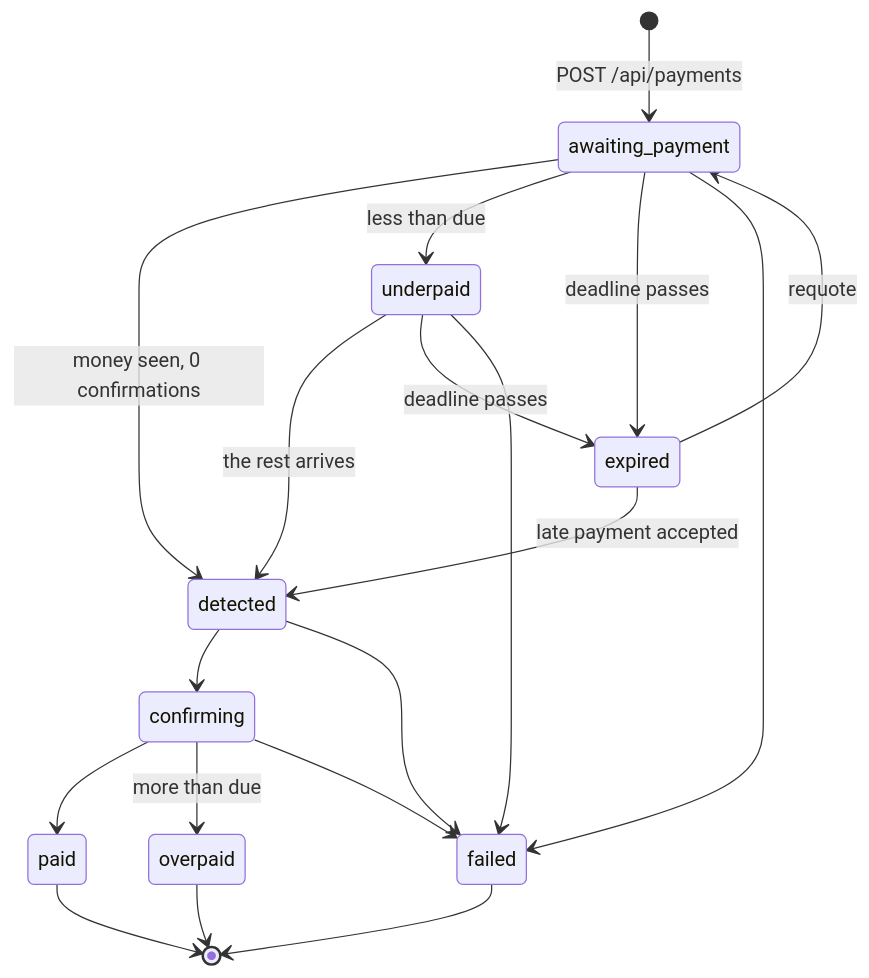
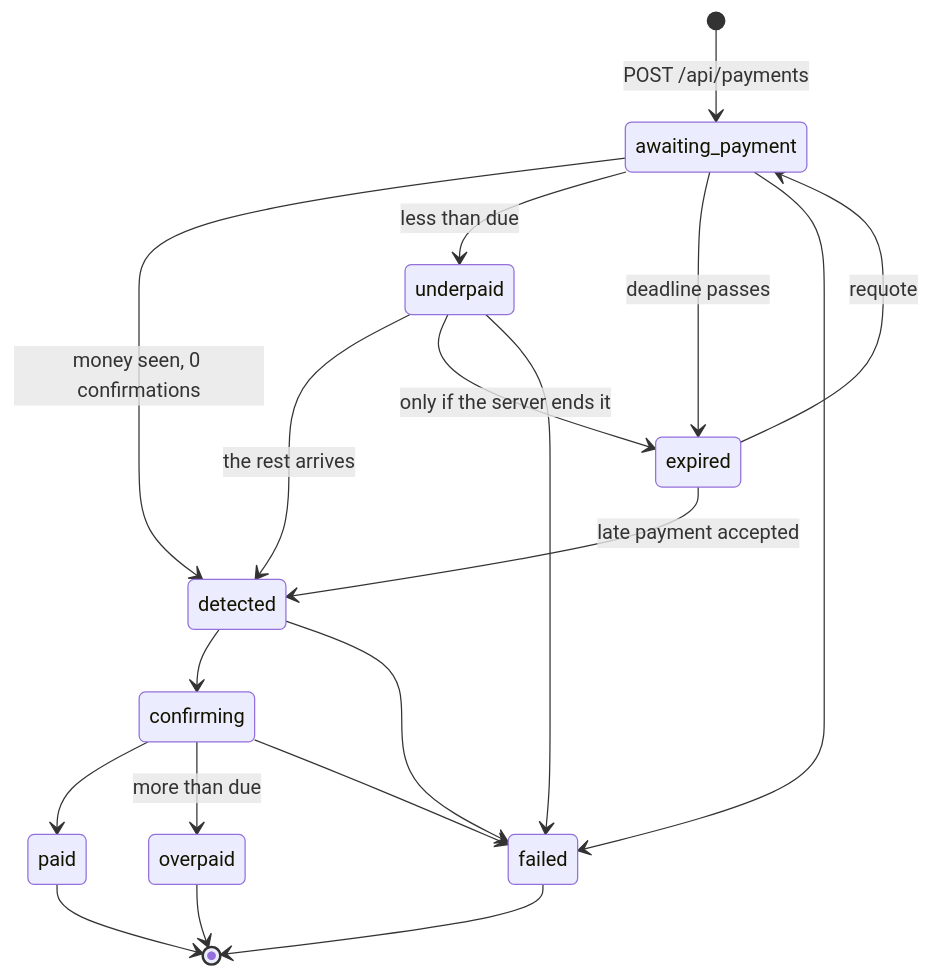
The first of 2 diagrams in docs/design-doc.md (gastonm5/demo-stablecoin-checkout), drawn with Mermaid before and after one commit. The commit also changed other lines of this file and 4 other files, not shown here.

````diff
--- a/docs/design-doc.md
+++ b/docs/design-doc.md
@@ -61,21 +61,21 @@
 ```mermaid
 stateDiagram-v2
     [*] --> awaiting_payment: POST /api/payments
     awaiting_payment --> detected: money seen, 0 confirmations
     detected --> confirming
     confirming --> paid
     confirming --> overpaid: more than due
     awaiting_payment --> underpaid: less than due
     underpaid --> detected: the rest arrives
     awaiting_payment --> expired: deadline passes
-    underpaid --> expired: deadline passes
+    underpaid --> expired: only if the server ends it
     expired --> awaiting_payment: requote
     expired --> detected: late payment accepted
     awaiting_payment --> failed
     underpaid --> failed
     detected --> failed
     confirming --> failed
     paid --> [*]
     overpaid --> [*]
     failed --> [*]
 ```
````
